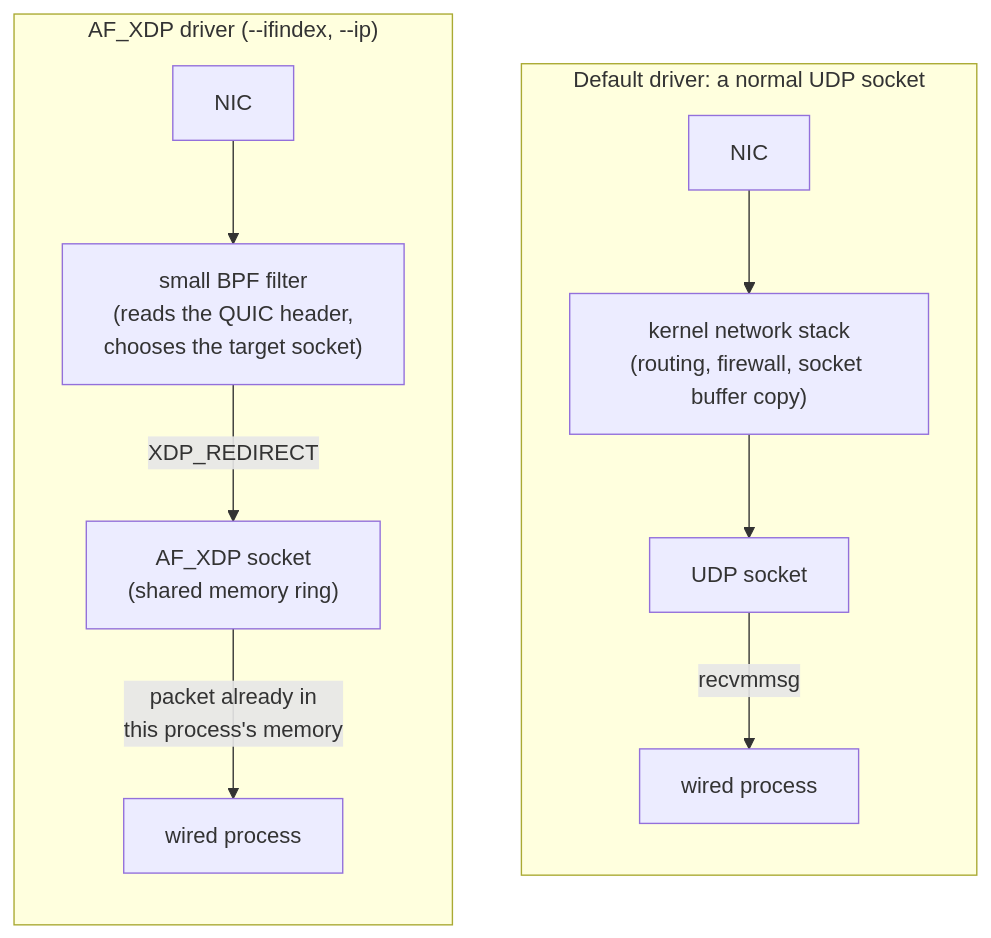
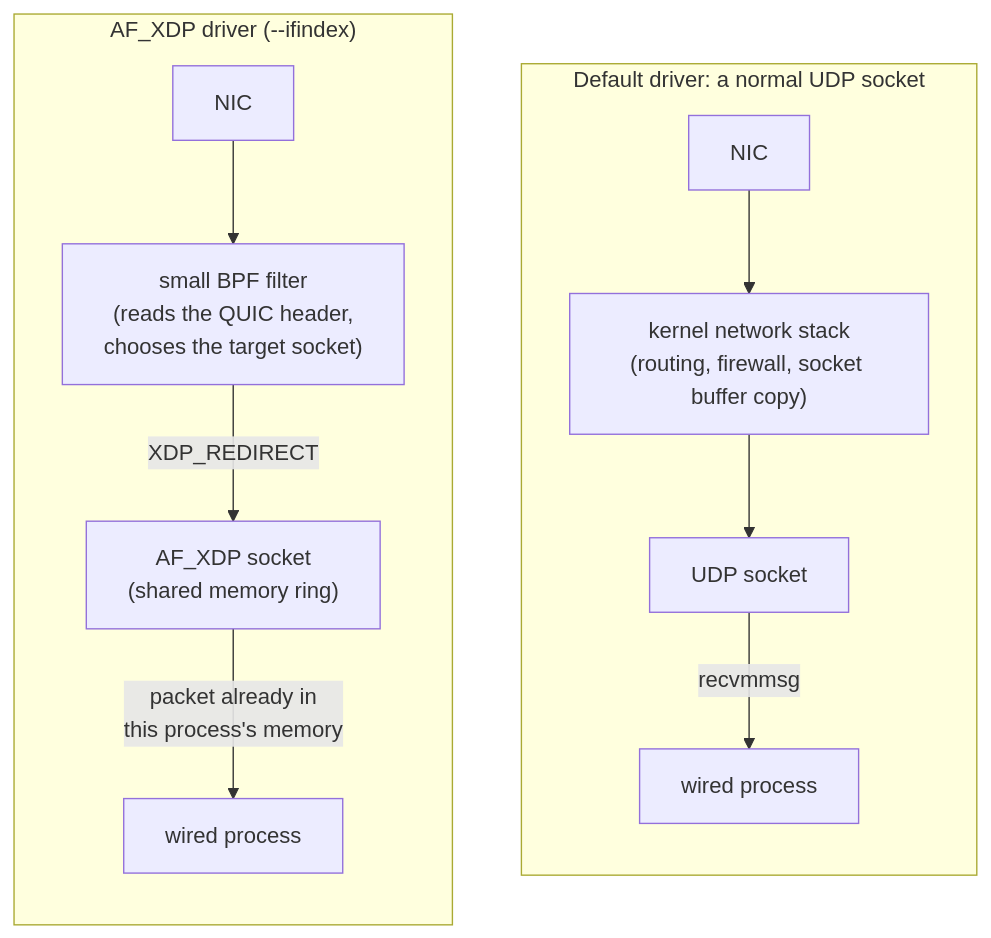
One commit to Hakkadaikon/wired changed the first of 4 diagrams in docs/architecture/io-drivers.md. Above: the diagram before and after it, drawn with Mermaid. The commit also changed other lines of this file and 40 other files, not shown here.

````diff
--- a/docs/architecture/io-drivers.md
+++ b/docs/architecture/io-drivers.md
@@ -16,16 +16,16 @@
 ```mermaid
 graph TB
     subgraph defaultdrv["Default driver: a normal UDP socket"]
         direction TB
         nic1["NIC"] --> stack["kernel network stack<br/>(routing, firewall, socket buffer copy)"]
         stack --> sock["UDP socket"]
         sock -- "recvmmsg" --> app1["wired process"]
     end
 
-    subgraph xdp["AF_XDP driver (--ifindex, --ip)"]
+    subgraph xdp["AF_XDP driver (--ifindex)"]
         direction TB
         nic2["NIC"] --> bpf["small BPF filter<br/>(reads the QUIC header,<br/>chooses the target socket)"]
         bpf -- "XDP_REDIRECT" --> xsk["AF_XDP socket<br/>(shared memory ring)"]
         xsk -- "packet already in<br/>this process's memory" --> app2["wired process"]
     end
 ```
````
